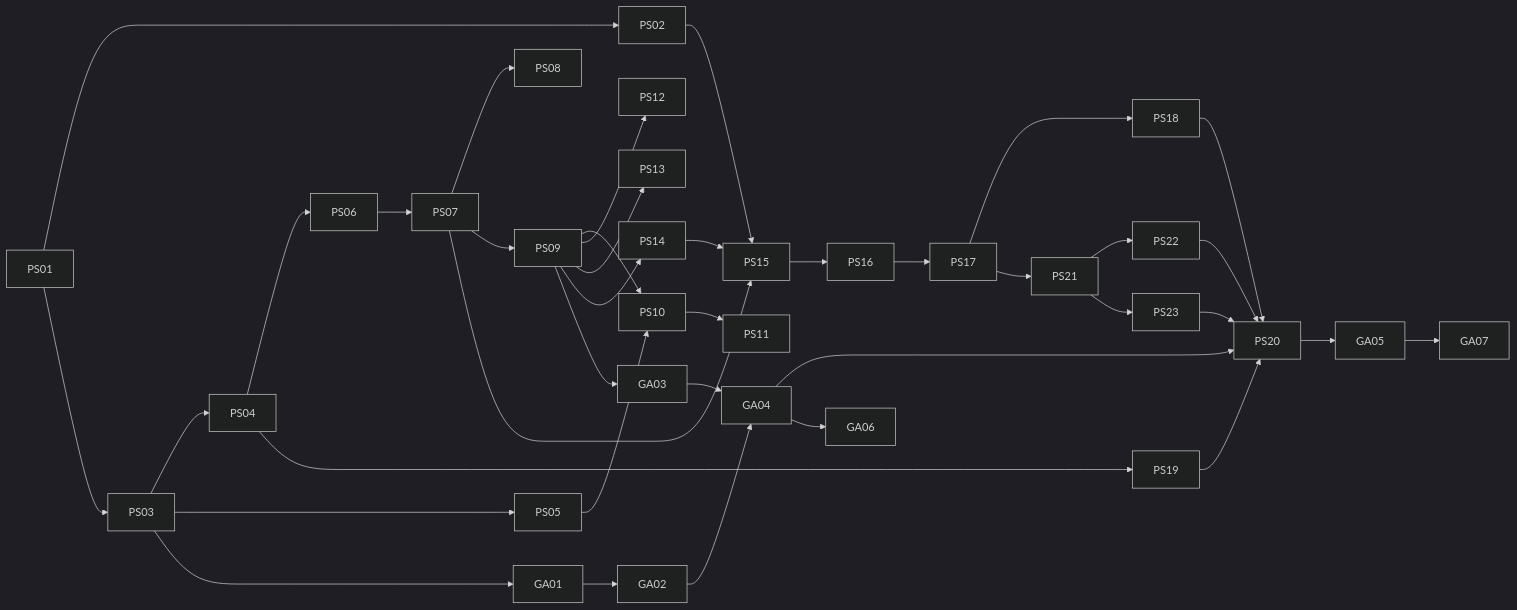
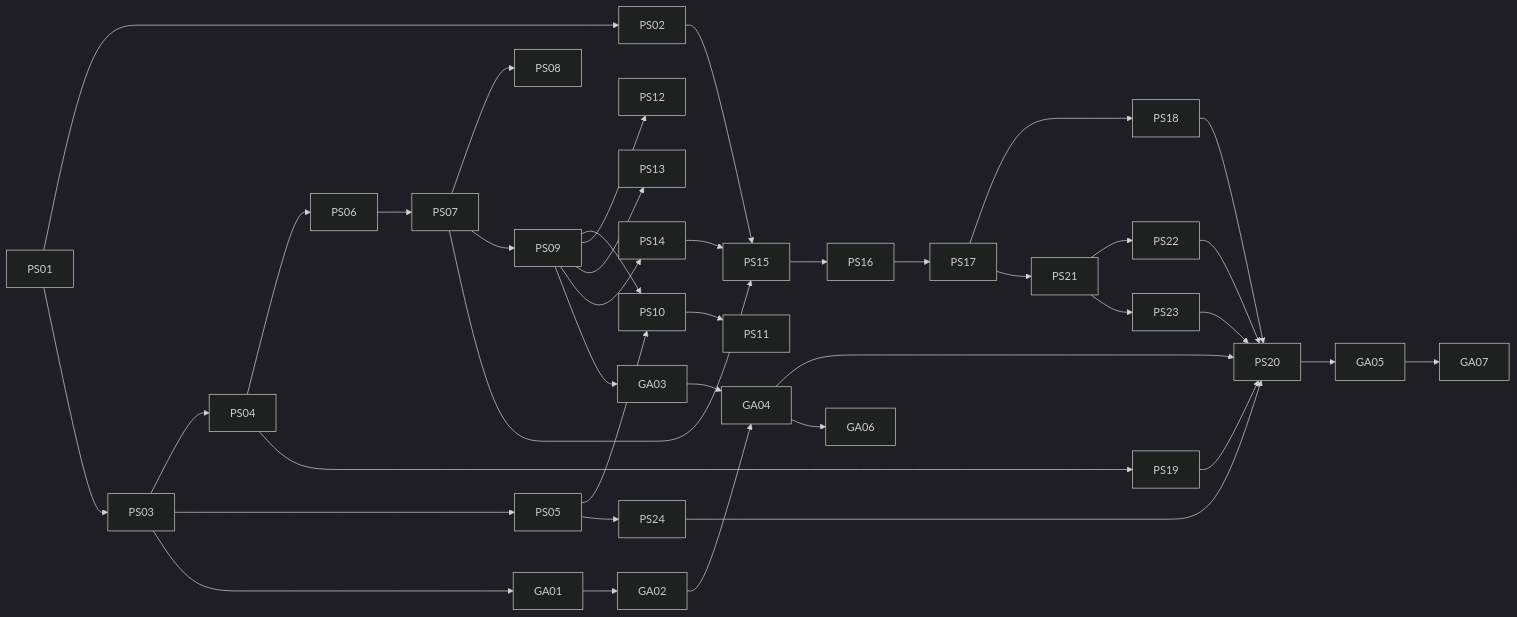
Before and after one commit to svennijhuis/agentPacks: the first of 2 diagrams in docs/pbi/squad/README.md, drawn with Mermaid (dark theme). The commit also changed other lines of this file and 10 other files, not shown here.

````diff
--- a/docs/pbi/squad/README.md
+++ b/docs/pbi/squad/README.md
@@ -119,22 +120,23 @@
 ```mermaid
 flowchart LR
   PS01 --> PS02 --> PS15
   PS01 --> PS03 --> PS04 --> PS06 --> PS07 --> PS08
   PS03 --> PS05 --> PS10
   PS07 --> PS09
   PS09 --> PS10 --> PS11
   PS09 --> PS12
   PS09 --> PS13
   PS09 --> PS14 --> PS15
   PS07 --> PS15 --> PS16 --> PS17 --> PS18
   PS04 --> PS19
   PS03 --> GA01 --> GA02 --> GA04
   PS09 --> GA03 --> GA04
   PS18 --> PS20
   PS19 --> PS20
   PS17 --> PS21 --> PS22 --> PS20
   PS21 --> PS23 --> PS20
+  PS05 --> PS24 --> PS20
   GA04 --> PS20
   GA04 --> GA06
   PS20 --> GA05 --> GA07
 ```
````
